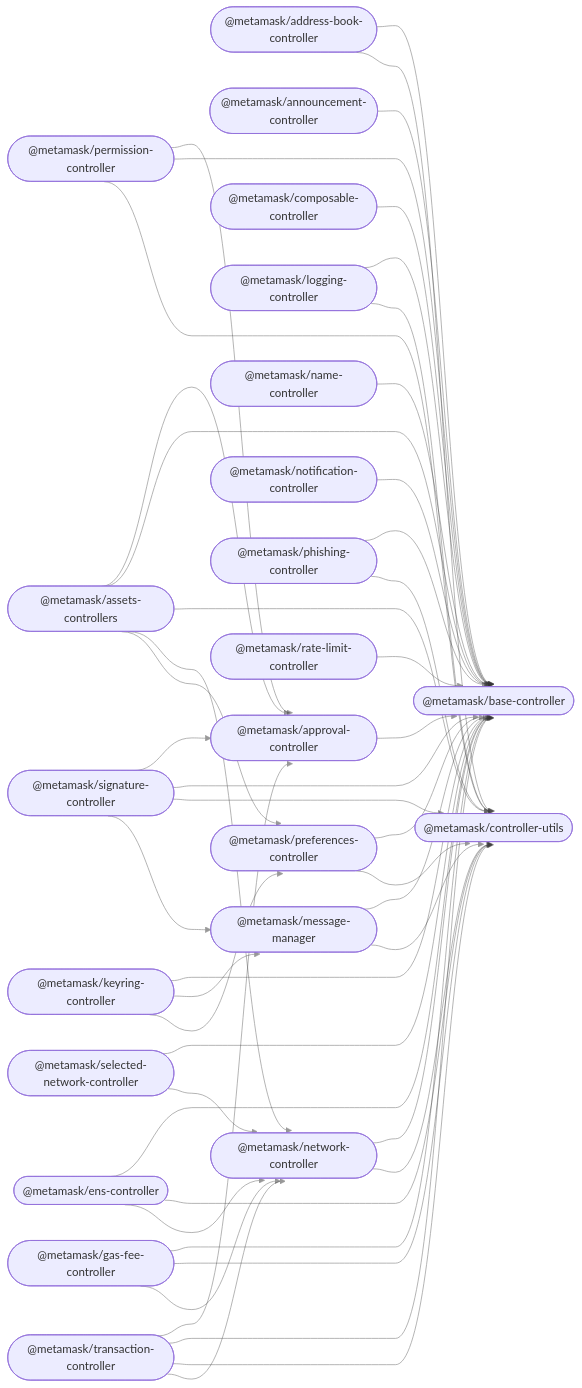
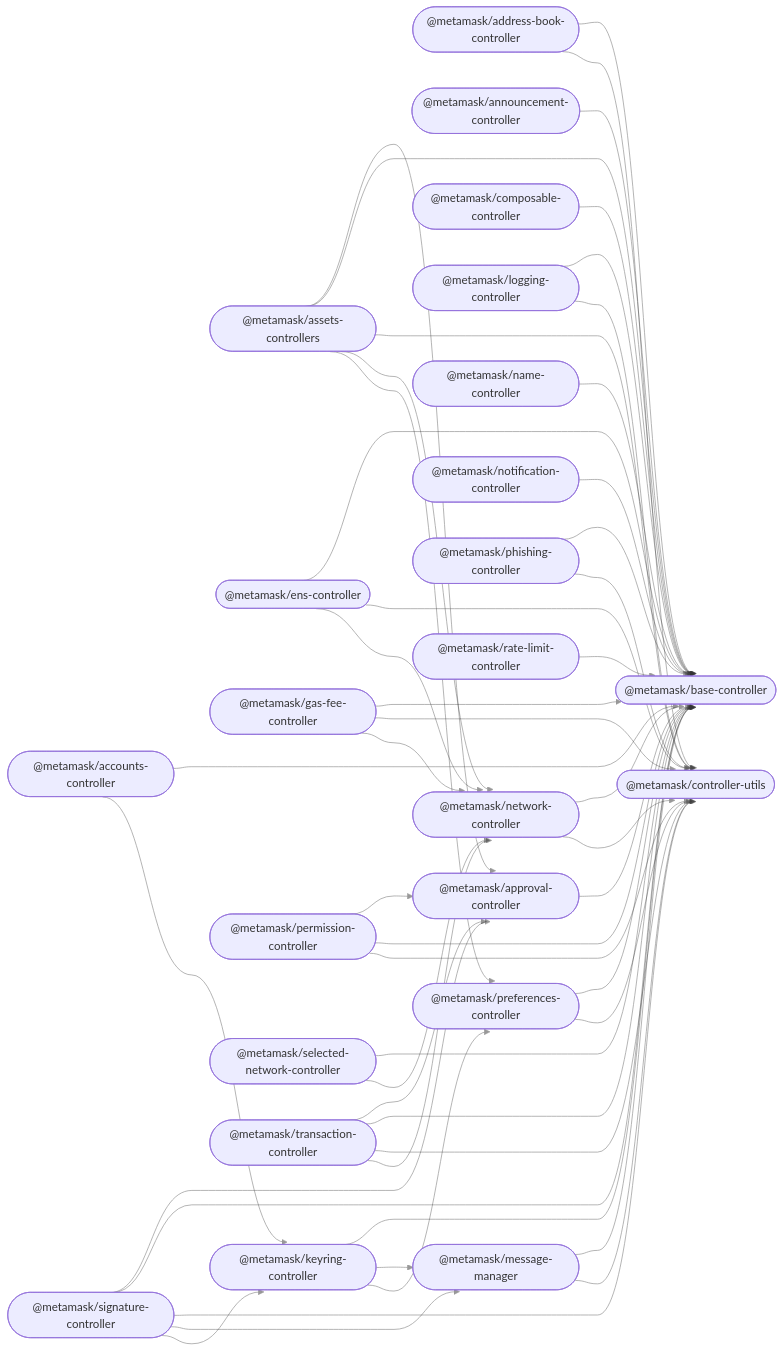
The diagram in README.md (MetaMask/core), drawn with Mermaid before and after one commit. The commit also changed other lines of this file, not shown here.

Commit message:
docs: update monorepo readme

````diff
--- a/README.md
+++ b/README.md
@@ -34,72 +35,76 @@
 ```mermaid
 %%{ init: { 'flowchart': { 'curve': 'bumpX' } } }%%
 graph LR;
 linkStyle default opacity:0.5
+  accounts_controller(["@metamask/accounts-controller"]);
   address_book_controller(["@metamask/address-book-controller"]);
   announcement_controller(["@metamask/announcement-controller"]);
   approval_controller(["@metamask/approval-controller"]);
   assets_controllers(["@metamask/assets-controllers"]);
   base_controller(["@metamask/base-controller"]);
   composable_controller(["@metamask/composable-controller"]);
   controller_utils(["@metamask/controller-utils"]);
   ens_controller(["@metamask/ens-controller"]);
   gas_fee_controller(["@metamask/gas-fee-controller"]);
   keyring_controller(["@metamask/keyring-controller"]);
   logging_controller(["@metamask/logging-controller"]);
   message_manager(["@metamask/message-manager"]);
   name_controller(["@metamask/name-controller"]);
   network_controller(["@metamask/network-controller"]);
   notification_controller(["@metamask/notification-controller"]);
   permission_controller(["@metamask/permission-controller"]);
   phishing_controller(["@metamask/phishing-controller"]);
   preferences_controller(["@metamask/preferences-controller"]);
   rate_limit_controller(["@metamask/rate-limit-controller"]);
   selected_network_controller(["@metamask/selected-network-controller"]);
   signature_controller(["@metamask/signature-controller"]);
   transaction_controller(["@metamask/transaction-controller"]);
+  accounts_controller --> base_controller;
+  accounts_controller --> keyring_controller;
   address_book_controller --> base_controller;
   address_book_controller --> controller_utils;
   announcement_controller --> base_controller;
   approval_controller --> base_controller;
   assets_controllers --> approval_controller;
   assets_controllers --> base_controller;
   assets_controllers --> controller_utils;
   assets_controllers --> network_controller;
   assets_controllers --> preferences_controller;
   composable_controller --> base_controller;
   ens_controller --> base_controller;
   ens_controller --> controller_utils;
   ens_controller --> network_controller;
   gas_fee_controller --> base_controller;
   gas_fee_controller --> controller_utils;
   gas_fee_controller --> network_controller;
   keyring_controller --> base_controller;
   keyring_controller --> message_manager;
   keyring_controller --> preferences_controller;
   logging_controller --> base_controller;
   logging_controller --> controller_utils;
   message_manager --> base_controller;
   message_manager --> controller_utils;
   name_controller --> base_controller;
   network_controller --> base_controller;
   network_controller --> controller_utils;
   notification_controller --> base_controller;
   permission_controller --> approval_controller;
   permission_controller --> base_controller;
   permission_controller --> controller_utils;
   phishing_controller --> base_controller;
   phishing_controller --> controller_utils;
   preferences_controller --> base_controller;
   preferences_controller --> controller_utils;
   rate_limit_controller --> base_controller;
   selected_network_controller --> base_controller;
   selected_network_controller --> network_controller;
   signature_controller --> approval_controller;
   signature_controller --> base_controller;
   signature_controller --> controller_utils;
   signature_controller --> message_manager;
+  signature_controller --> keyring_controller;
   transaction_controller --> approval_controller;
   transaction_controller --> base_controller;
   transaction_controller --> controller_utils;
   transaction_controller --> network_controller;
 ```
````
